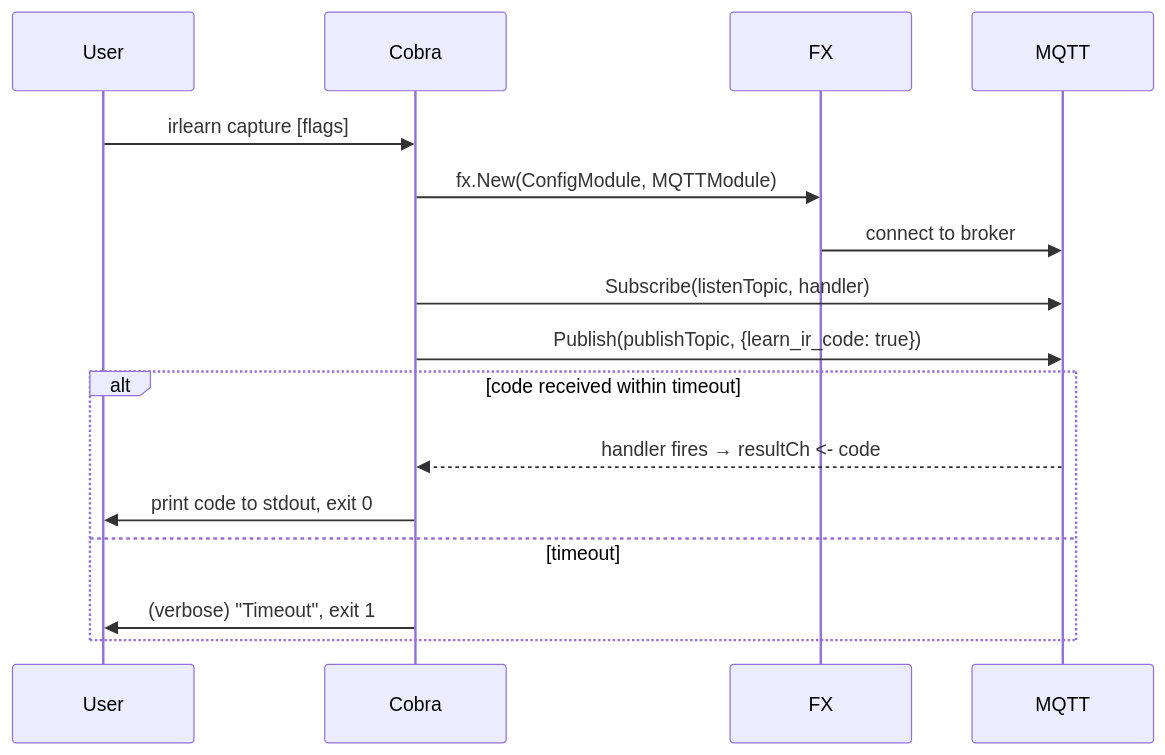
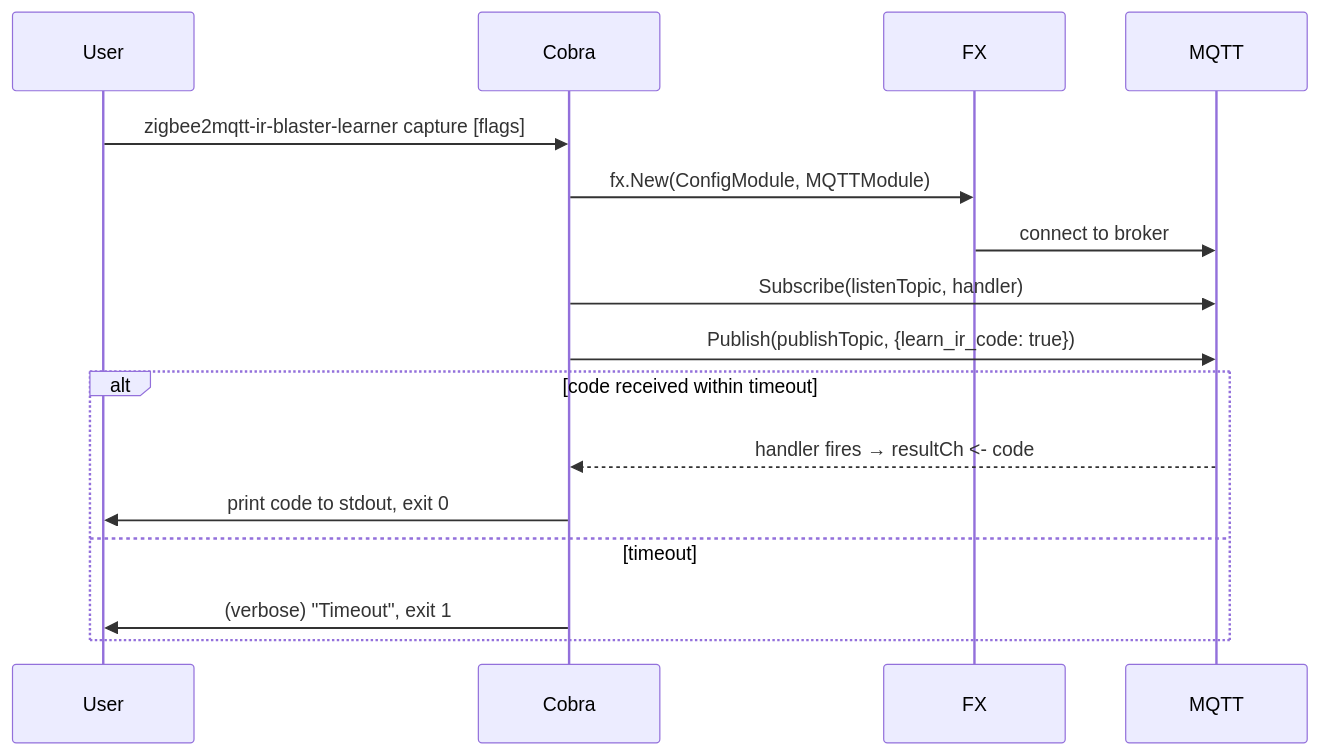
One commit to drradao/zigbee2mqtt-ir-blaster-learner changed the fourth of 7 diagrams in docs/ARCHITECTURE.md. Above: the diagram before and after it, drawn with Mermaid. The commit also changed other lines of this file and 14 other files, not shown here.

````diff
--- a/docs/ARCHITECTURE.md
+++ b/docs/ARCHITECTURE.md
@@ -205,19 +205,19 @@
 ```mermaid
 sequenceDiagram
     participant User
     participant Cobra
     participant FX
     participant MQTT
 
-    User->>Cobra: irlearn capture [flags]
+    User->>Cobra: zigbee2mqtt-ir-blaster-learner capture [flags]
     Cobra->>FX: fx.New(ConfigModule, MQTTModule)
     FX->>MQTT: connect to broker
     Cobra->>MQTT: Subscribe(listenTopic, handler)
     Cobra->>MQTT: Publish(publishTopic, {learn_ir_code: true})
     alt code received within timeout
         MQTT-->>Cobra: handler fires → resultCh <- code
         Cobra->>User: print code to stdout, exit 0
     else timeout
         Cobra->>User: (verbose) "Timeout", exit 1
     end
 ```
````
